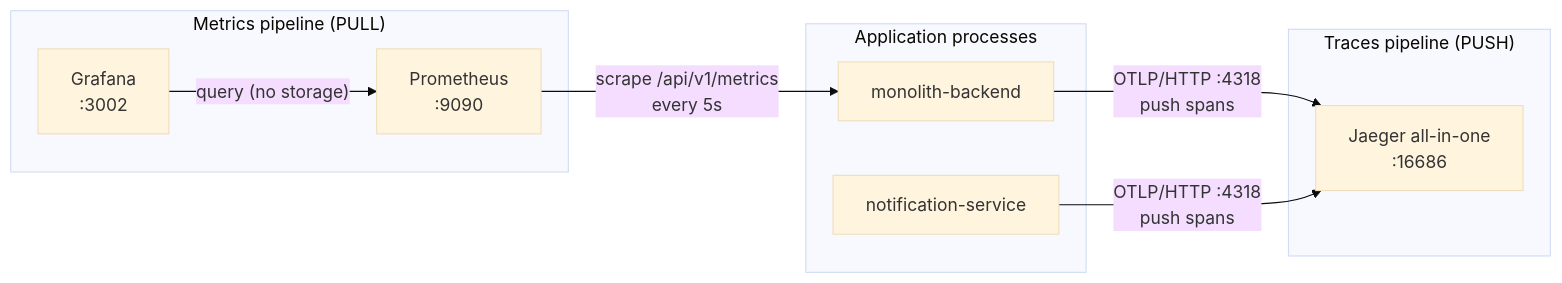
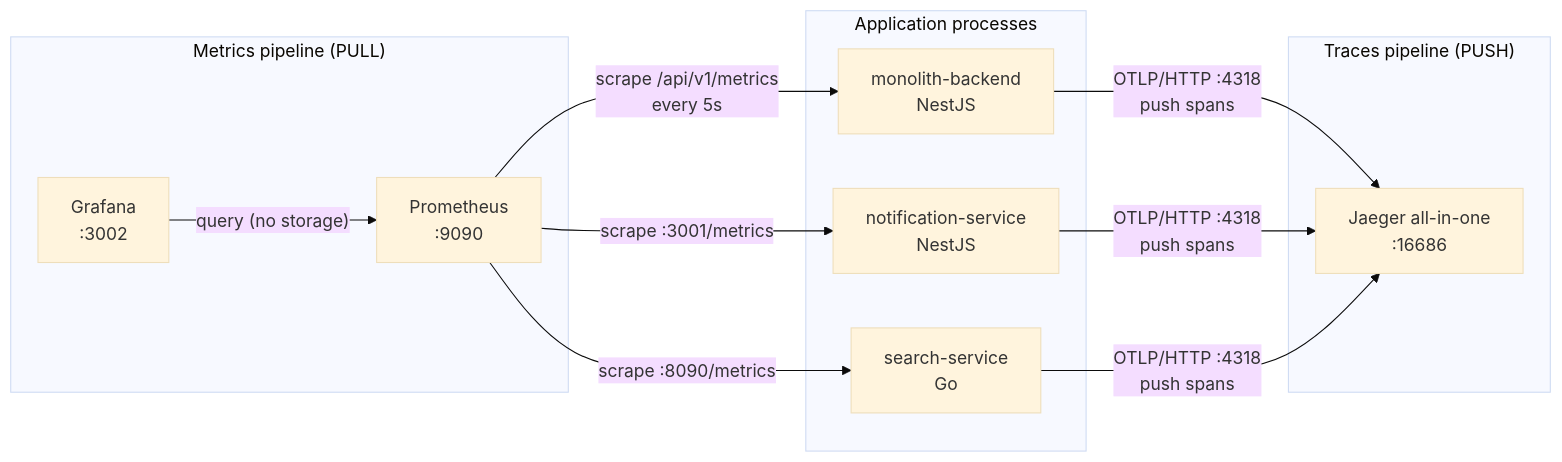
The first of 2 diagrams in docs/observability.md (chaugiakhang193/fullstack-multi-vendor-ecommerce), drawn with Mermaid (base theme) before and after one commit. The commit also changed other lines of this file and 2 other files, not shown here.

First line of the commit message:
398. docs(search): document the search service across the stack

````diff
--- a/docs/observability.md
+++ b/docs/observability.md
@@ -23,21 +28,25 @@
 ```mermaid
 flowchart LR
     subgraph App["Application processes"]
-        MONO["monolith-backend"]
-        NS["notification-service"]
+        MONO["monolith-backend<br/>NestJS"]
+        NS["notification-service<br/>NestJS"]
+        SEARCH["search-service<br/>Go"]
     end
 
     subgraph Traces["Traces pipeline (PUSH)"]
         JAEGER["Jaeger all-in-one<br/>:16686"]
     end
 
     subgraph Metrics["Metrics pipeline (PULL)"]
         PROM["Prometheus<br/>:9090"]
         GRAF["Grafana<br/>:3002"]
     end
 
     MONO -->|"OTLP/HTTP :4318<br/>push spans"| JAEGER
     NS -->|"OTLP/HTTP :4318<br/>push spans"| JAEGER
+    SEARCH -->|"OTLP/HTTP :4318<br/>push spans"| JAEGER
     PROM -->|"scrape /api/v1/metrics<br/>every 5s"| MONO
+    PROM -->|"scrape :3001/metrics"| NS
+    PROM -->|"scrape :8090/metrics"| SEARCH
     GRAF -->|"query (no storage)"| PROM
 ```
````
